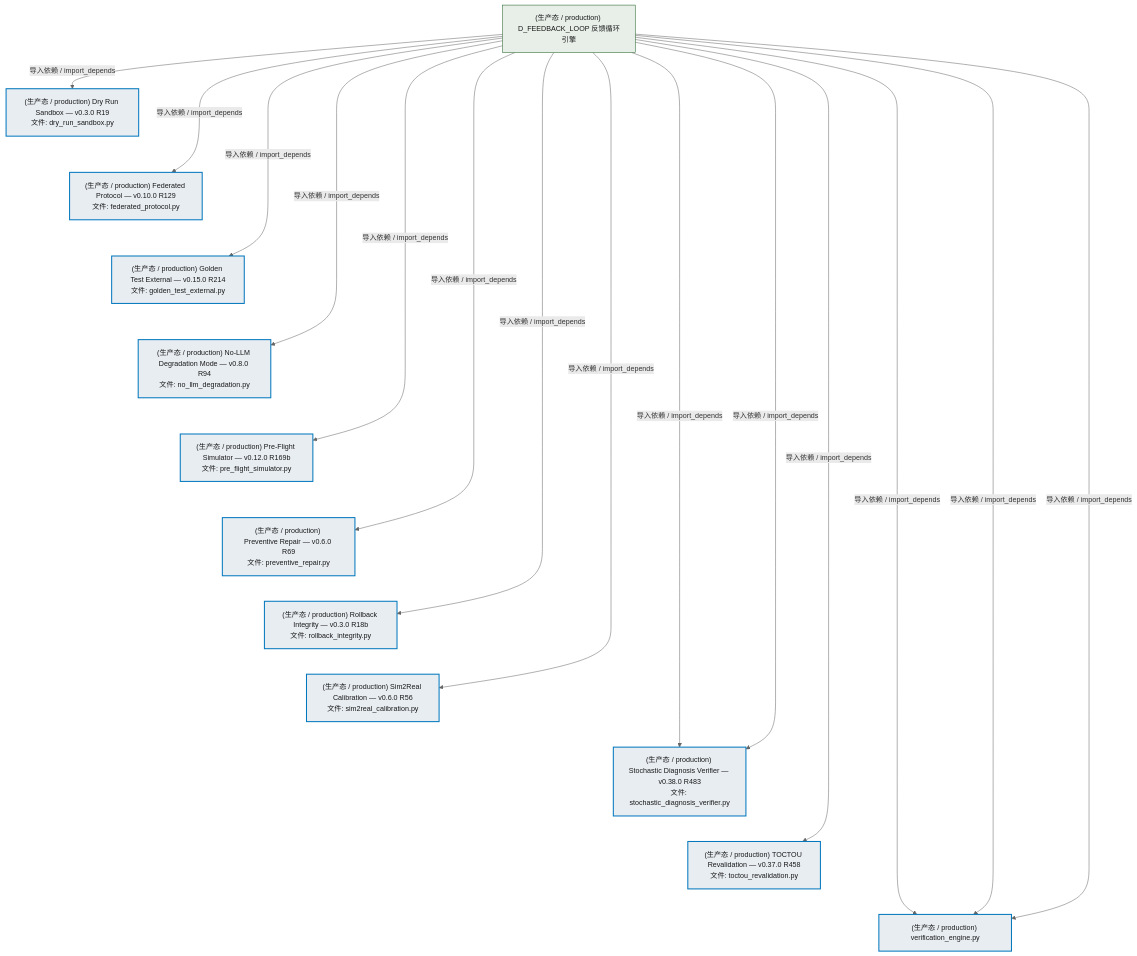
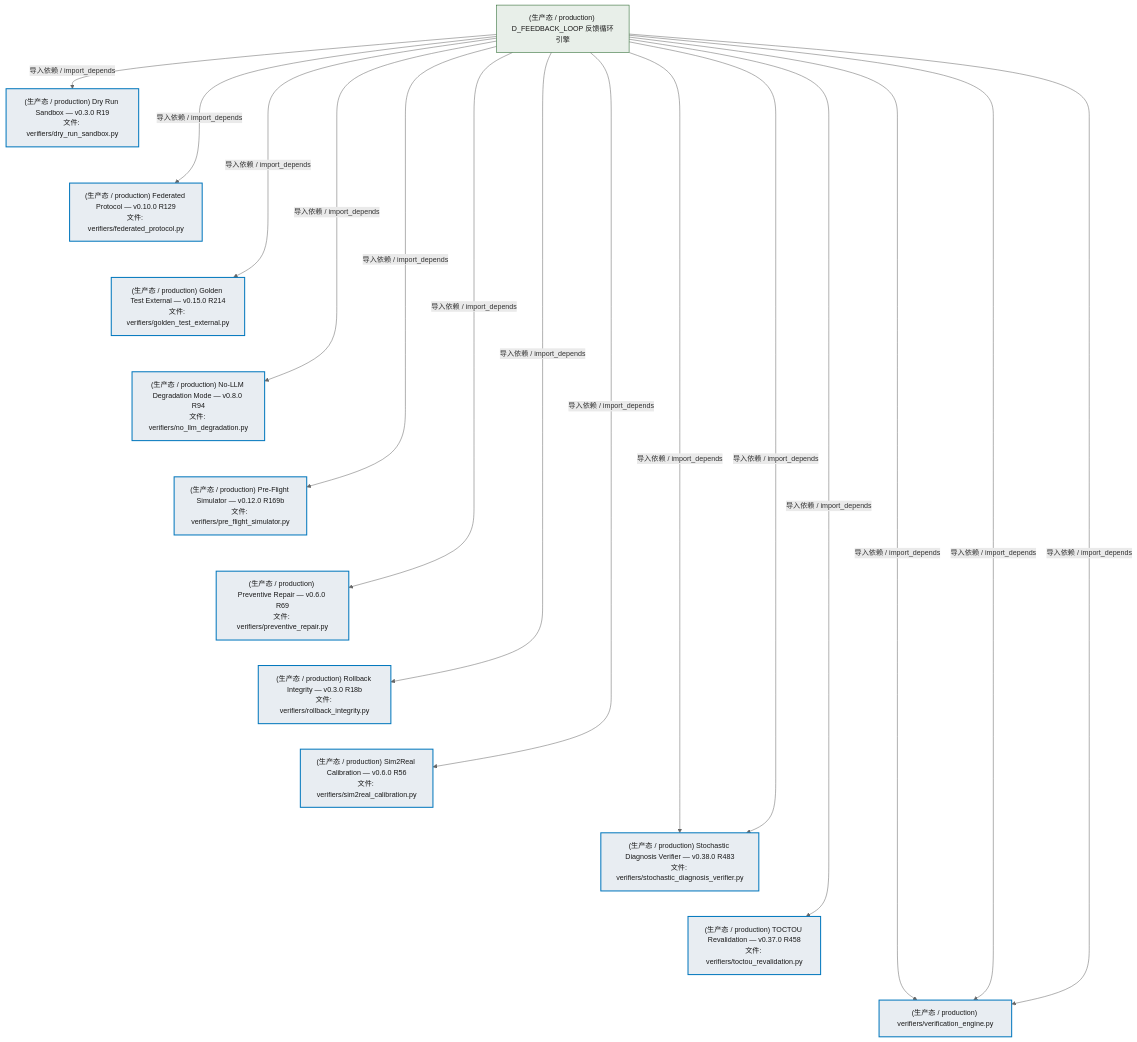
Before and after one commit to xuanFelixVan/ZephyrAlpha: the third of 5 diagrams in docs/02_enterprise_architecture/02_domain_architecture_docs/17_d_fbl_verification.md, drawn with Mermaid. The commit also changed other lines of this file and 63 other files, not shown here.

````diff
--- a/docs/02_enterprise_architecture/02_domain_architecture_docs/17_d_fbl_verification.md
+++ b/docs/02_enterprise_architecture/02_domain_architecture_docs/17_d_fbl_verification.md
@@ -302,46 +302,46 @@
 ```mermaid
 %%{init: {'theme': 'base', 'themeVariables': {'primaryColor': '#eaeaea', 'primaryTextColor': '#333333', 'primaryBorderColor': '#666666', 'lineColor': '#666666', 'secondaryColor': '#eaeaea', 'tertiaryColor': '#eaeaea', 'fontSize': '14px'}}}%%
 flowchart TD
-    src_zephyr_feedback_loop_verifiers_dry_run_sandbox_py["(生产态 / production) Dry Run Sandbox — v0.3.0 R19<br/>文件: dry_run_sandbox.py"]
-    src_zephyr_feedback_loop_verifiers_federated_protocol_py["(生产态 / production) Federated Protocol — v0.10.0 R129<br/>文件: federated_protocol.py"]
-    src_zephyr_feedback_loop_verifiers_golden_test_external_py["(生产态 / production) Golden Test External — v0.15.0 R214<br/>文件: golden_test_external.py"]
-    src_zephyr_feedback_loop_verifiers_no_llm_degradation_py["(生产态 / production) No-LLM Degradation Mode — v0.8.0 R94<br/>文件: no_llm_degradation.py"]
-    src_zephyr_feedback_loop_verifiers_pre_flight_simulator_py["(生产态 / production) Pre-Flight Simulator — v0.12.0 R169b<br/>文件: pre_flight_simulator.py"]
-    src_zephyr_feedback_loop_verifiers_preventive_repair_py["(生产态 / production) Preventive Repair — v0.6.0 R69<br/>文件: preventive_repair.py"]
-    src_zephyr_feedback_loop_verifiers_rollback_integrity_py["(生产态 / production) Rollback Integrity — v0.3.0 R18b<br/>文件: rollback_integrity.py"]
-    src_zephyr_feedback_loop_verifiers_sim2real_calibration_py["(生产态 / production) Sim2Real Calibration — v0.6.0 R56<br/>文件: sim2real_calibration.py"]
-    src_zephyr_feedback_loop_verifiers_stochastic_diagnosis_verifier_py["(生产态 / production) Stochastic Diagnosis Verifier — v0.38.0 R483<br/>文件: stochastic_diagnosis_verifier.py"]
-    src_zephyr_feedback_loop_verifiers_toctou_revalidation_py["(生产态 / production) TOCTOU Revalidation — v0.37.0 R458<br/>文件: toctou_revalidation.py"]
-    src_zephyr_feedback_loop_verifiers_verification_engine_py["(生产态 / production) verification_engine.py"]
+    src_zephyr_feedback_loop_verifiers_dry_run_sandbox_py["(生产态 / production) Dry Run Sandbox — v0.3.0 R19<br/>文件: verifiers/dry_run_sandbox.py"]
+    src_zephyr_feedback_loop_verifiers_federated_protocol_py["(生产态 / production) Federated Protocol — v0.10.0 R129<br/>文件: verifiers/federated_protocol.py"]
+    src_zephyr_feedback_loop_verifiers_golden_test_external_py["(生产态 / production) Golden Test External — v0.15.0 R214<br/>文件: verifiers/golden_test_external.py"]
+    src_zephyr_feedback_loop_verifiers_no_llm_degradation_py["(生产态 / production) No-LLM Degradation Mode — v0.8.0 R94<br/>文件: verifiers/no_llm_degradation.py"]
+    src_zephyr_feedback_loop_verifiers_pre_flight_simulator_py["(生产态 / production) Pre-Flight Simulator — v0.12.0 R169b<br/>文件: verifiers/pre_flight_simulator.py"]
+    src_zephyr_feedback_loop_verifiers_preventive_repair_py["(生产态 / production) Preventive Repair — v0.6.0 R69<br/>文件: verifiers/preventive_repair.py"]
+    src_zephyr_feedback_loop_verifiers_rollback_integrity_py["(生产态 / production) Rollback Integrity — v0.3.0 R18b<br/>文件: verifiers/rollback_integrity.py"]
+    src_zephyr_feedback_loop_verifiers_sim2real_calibration_py["(生产态 / production) Sim2Real Calibration — v0.6.0 R56<br/>文件: verifiers/sim2real_calibration.py"]
+    src_zephyr_feedback_loop_verifiers_stochastic_diagnosis_verifier_py["(生产态 / production) Stochastic Diagnosis Verifier — v0.38.0 R483<br/>文件: verifiers/stochastic_diagnosis_verifier.py"]
+    src_zephyr_feedback_loop_verifiers_toctou_revalidation_py["(生产态 / production) TOCTOU Revalidation — v0.37.0 R458<br/>文件: verifiers/toctou_revalidation.py"]
+    src_zephyr_feedback_loop_verifiers_verification_engine_py["(生产态 / production) verifiers/verification_engine.py"]
     src_zephyr_feedback_loop_verifiers_dry_run_sandbox_py ~~~ src_zephyr_feedback_loop_verifiers_federated_protocol_py
     src_zephyr_feedback_loop_verifiers_federated_protocol_py ~~~ src_zephyr_feedback_loop_verifiers_golden_test_external_py
     src_zephyr_feedback_loop_verifiers_golden_test_external_py ~~~ src_zephyr_feedback_loop_verifiers_no_llm_degradation_py
     src_zephyr_feedback_loop_verifiers_no_llm_degradation_py ~~~ src_zephyr_feedback_loop_verifiers_pre_flight_simulator_py
     src_zephyr_feedback_loop_verifiers_pre_flight_simulator_py ~~~ src_zephyr_feedback_loop_verifiers_preventive_repair_py
     src_zephyr_feedback_loop_verifiers_preventive_repair_py ~~~ src_zephyr_feedback_loop_verifiers_rollback_integrity_py
     src_zephyr_feedback_loop_verifiers_rollback_integrity_py ~~~ src_zephyr_feedback_loop_verifiers_sim2real_calibration_py
     src_zephyr_feedback_loop_verifiers_sim2real_calibration_py ~~~ src_zephyr_feedback_loop_verifiers_stochastic_diagnosis_verifier_py
     src_zephyr_feedback_loop_verifiers_stochastic_diagnosis_verifier_py ~~~ src_zephyr_feedback_loop_verifiers_toctou_revalidation_py
     src_zephyr_feedback_loop_verifiers_toctou_revalidation_py ~~~ src_zephyr_feedback_loop_verifiers_verification_engine_py
     D_FEEDBACK_LOOP["(生产态 / production) D_FEEDBACK_LOOP 反馈循环引擎"]
     D_FEEDBACK_LOOP -->|导入依赖 / import_depends| src_zephyr_feedback_loop_verifiers_sim2real_calibration_py
     D_FEEDBACK_LOOP -->|导入依赖 / import_depends| src_zephyr_feedback_loop_verifiers_verification_engine_py
     D_FEEDBACK_LOOP -->|导入依赖 / import_depends| src_zephyr_feedback_loop_verifiers_no_llm_degradation_py
     D_FEEDBACK_LOOP -->|导入依赖 / import_depends| src_zephyr_feedback_loop_verifiers_golden_test_external_py
     D_FEEDBACK_LOOP -->|导入依赖 / import_depends| src_zephyr_feedback_loop_verifiers_stochastic_diagnosis_verifier_py
     D_FEEDBACK_LOOP -->|导入依赖 / import_depends| src_zephyr_feedback_loop_verifiers_verification_engine_py
     D_FEEDBACK_LOOP -->|导入依赖 / import_depends| src_zephyr_feedback_loop_verifiers_preventive_repair_py
     D_FEEDBACK_LOOP -->|导入依赖 / import_depends| src_zephyr_feedback_loop_verifiers_toctou_revalidation_py
     D_FEEDBACK_LOOP -->|导入依赖 / import_depends| src_zephyr_feedback_loop_verifiers_stochastic_diagnosis_verifier_py
     D_FEEDBACK_LOOP -->|导入依赖 / import_depends| src_zephyr_feedback_loop_verifiers_dry_run_sandbox_py
     D_FEEDBACK_LOOP -->|导入依赖 / import_depends| src_zephyr_feedback_loop_verifiers_federated_protocol_py
     D_FEEDBACK_LOOP -->|导入依赖 / import_depends| src_zephyr_feedback_loop_verifiers_pre_flight_simulator_py
     D_FEEDBACK_LOOP -->|导入依赖 / import_depends| src_zephyr_feedback_loop_verifiers_rollback_integrity_py
     D_FEEDBACK_LOOP -->|导入依赖 / import_depends| src_zephyr_feedback_loop_verifiers_verification_engine_py
     classDef production fill:#e8edf2,stroke:#0277bd,stroke-width:2px,color:#1a1a1a
     classDef design fill:#f0ebe3,stroke:#bf360c,stroke-width:2px,color:#1a1a1a,stroke-dasharray: 5 5
     classDef external_prod fill:#e8efe9,stroke:#1b5e20,stroke-width:1px,color:#1a1a1a
     classDef external_design fill:#efe5ea,stroke:#880e4f,stroke-width:1px,color:#1a1a1a,stroke-dasharray: 5 5
     class src_zephyr_feedback_loop_verifiers_dry_run_sandbox_py,src_zephyr_feedback_loop_verifiers_federated_protocol_py,src_zephyr_feedback_loop_verifiers_golden_test_external_py,src_zephyr_feedback_loop_verifiers_no_llm_degradation_py,src_zephyr_feedback_loop_verifiers_pre_flight_simulator_py,src_zephyr_feedback_loop_verifiers_preventive_repair_py,src_zephyr_feedback_loop_verifiers_rollback_integrity_py,src_zephyr_feedback_loop_verifiers_sim2real_calibration_py,src_zephyr_feedback_loop_verifiers_stochastic_diagnosis_verifier_py,src_zephyr_feedback_loop_verifiers_toctou_revalidation_py,src_zephyr_feedback_loop_verifiers_verification_engine_py production
     class D_FEEDBACK_LOOP external_prod
 ```
````
